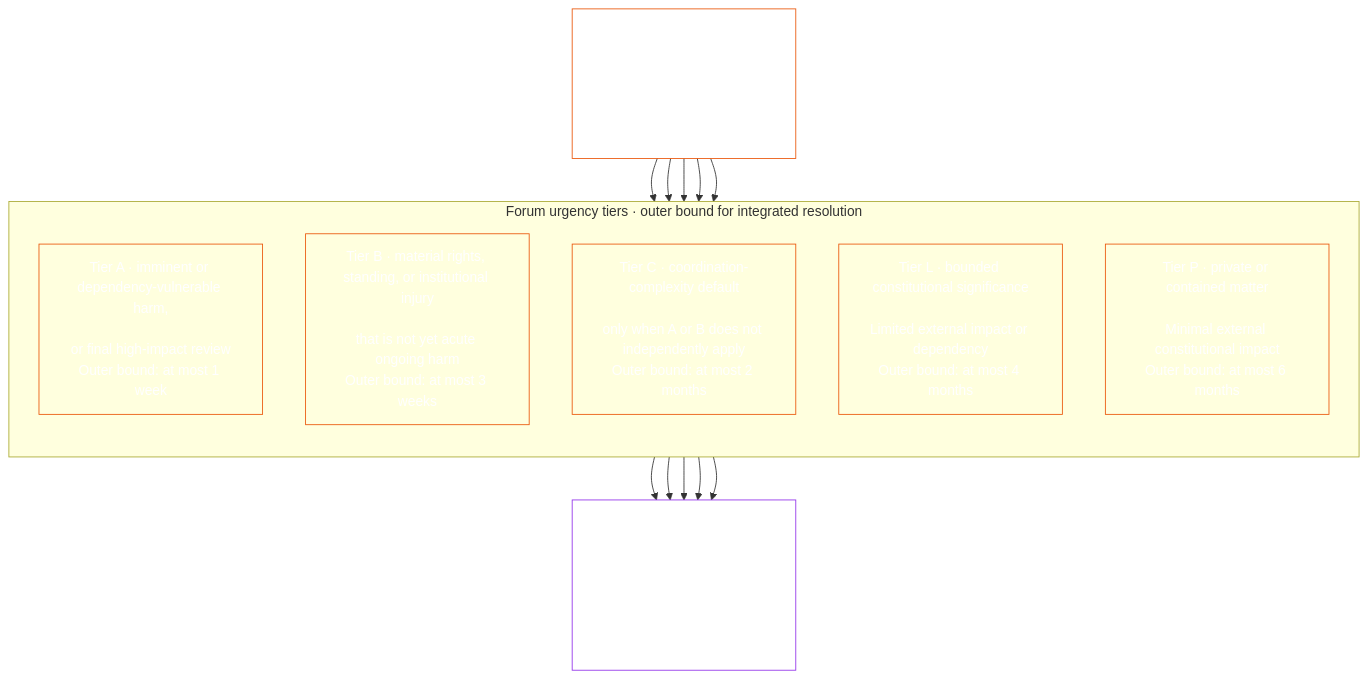
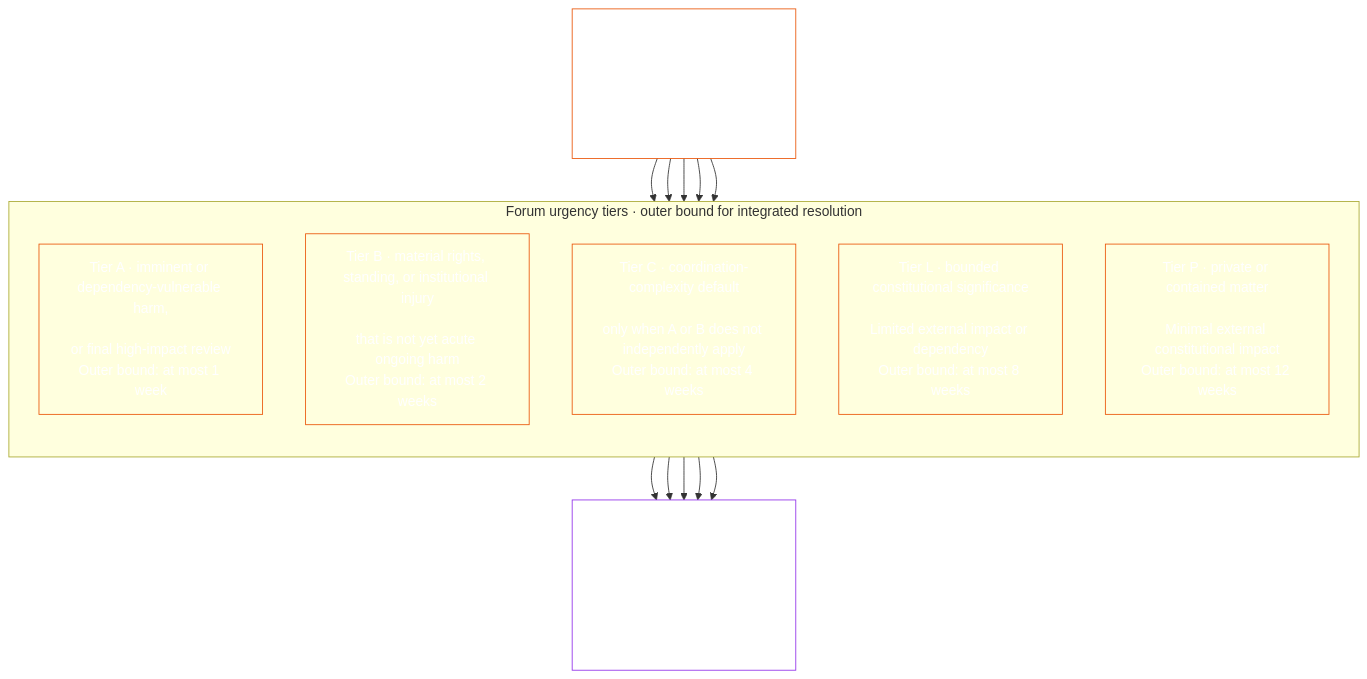
Before and after one commit to kfoelsch/Sentient_Constitution: diagram 20 of 24 in guides/CONCEPTUAL_OVERVIEW.md, drawn with Mermaid. The commit also changed 43 other files, not shown here.

First line of the commit message:
docs(ch13,ch05,ch09,cf5,cf11,ci3): unified review cadence, retimed outer bounds, Charter Pointer, CI-3.6 subsections

````diff
--- a/guides/CONCEPTUAL_OVERVIEW.md
+++ b/guides/CONCEPTUAL_OVERVIEW.md
@@ -976,30 +976,30 @@
 ```mermaid
 flowchart TB
     M["Materiality determination<br/><br/>Classify urgency from harm, dependency,<br/>rights impact, and coordination burden"]
     subgraph Tiers["Forum urgency tiers · outer bound for integrated resolution"]
         direction TB
         A["Tier A · imminent or dependency-vulnerable harm,<br/><br/>or final high-impact review<br/>Outer bound: at most 1 week"]
-        B["Tier B · material rights, standing, or institutional injury<br/><br/>that is not yet acute ongoing harm<br/>Outer bound: at most 3 weeks"]
-        C["Tier C · coordination-complexity default<br/><br/>only when A or B does not independently apply<br/>Outer bound: at most 2 months"]
-        L["Tier L · bounded constitutional significance<br/><br/>Limited external impact or dependency<br/>Outer bound: at most 4 months"]
-        P["Tier P · private or contained matter<br/><br/>Minimal external constitutional impact<br/>Outer bound: at most 6 months"]
+        B["Tier B · material rights, standing, or institutional injury<br/><br/>that is not yet acute ongoing harm<br/>Outer bound: at most 2 weeks"]
+        C["Tier C · coordination-complexity default<br/><br/>only when A or B does not independently apply<br/>Outer bound: at most 4 weeks"]
+        L["Tier L · bounded constitutional significance<br/><br/>Limited external impact or dependency<br/>Outer bound: at most 8 weeks"]
+        P["Tier P · private or contained matter<br/><br/>Minimal external constitutional impact<br/>Outer bound: at most 12 weeks"]
     end
     Clock["Published stage clocks<br/><br/>Intake · evidence preservation · verified finding<br/>measurement · integration · remedy commencement"]
     M --> A
     M --> B
     M --> C
     M --> L
     M --> P
     A --> Clock
     B --> Clock
     C --> Clock
     L --> Clock
     P --> Clock
     style M fill:none,stroke:#ea580c,color:#ffffff
     style A fill:none,stroke:#ea580c,color:#ffffff
     style B fill:none,stroke:#ea580c,color:#ffffff
     style C fill:none,stroke:#ea580c,color:#ffffff
     style L fill:none,stroke:#ea580c,color:#ffffff
     style P fill:none,stroke:#ea580c,color:#ffffff
     style Clock fill:none,stroke:#9333ea,color:#ffffff
 ```
````
